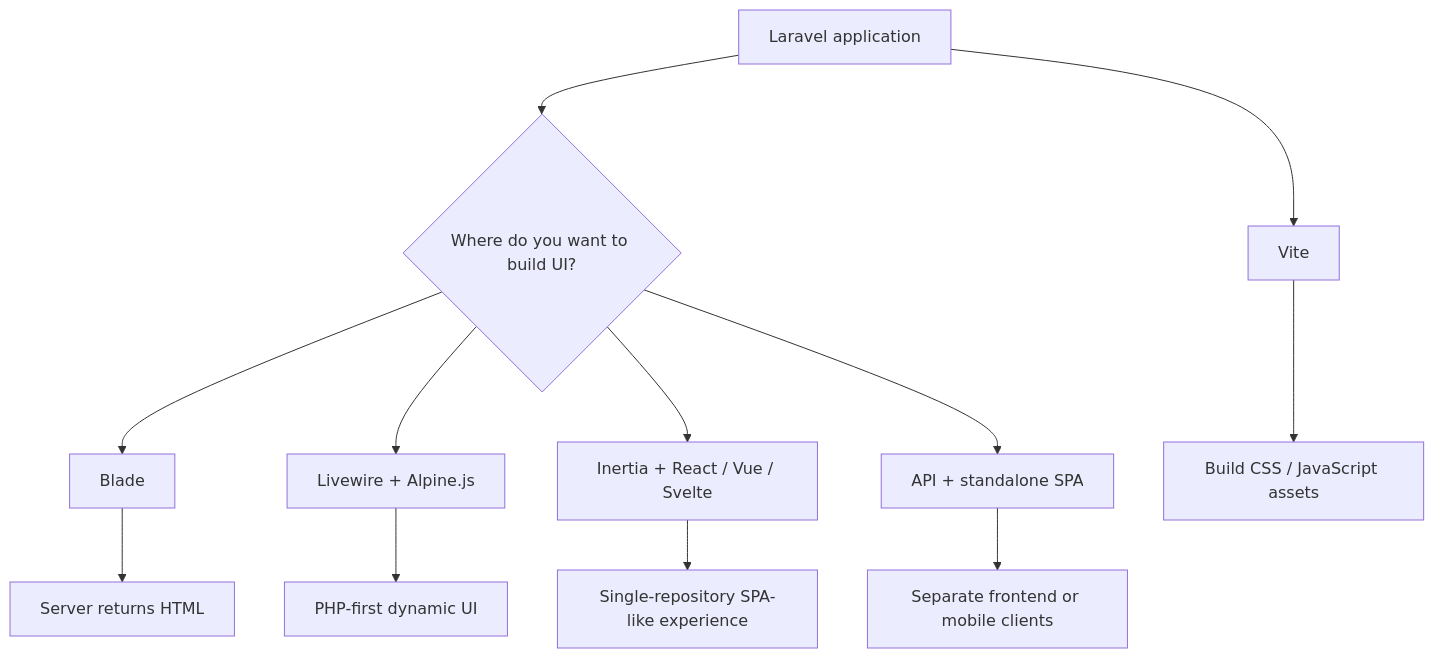
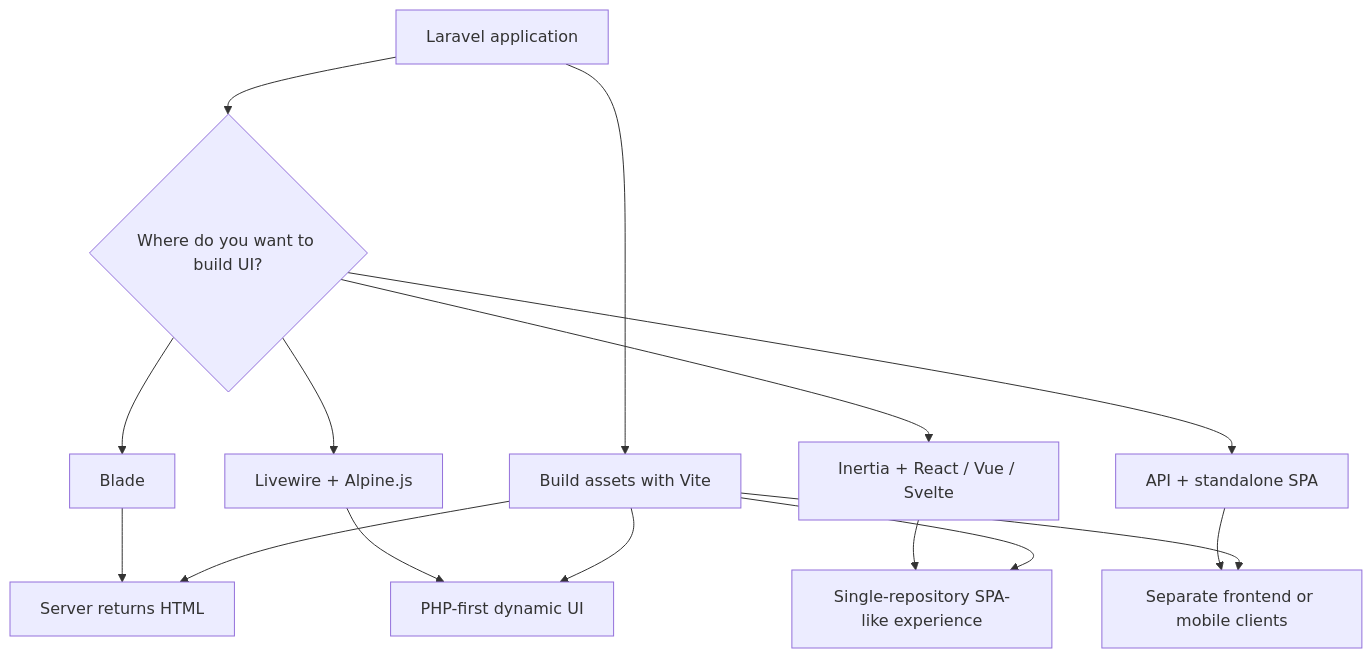
Before and after one commit to kawax/mintlify-docs: the diagram in en/frontend.mdx, drawn with Mermaid. The commit also changed 2 other files, not shown here.

Commit message:
docs: refine frontend overview diagrams

````diff
--- a/en/frontend.mdx
+++ b/en/frontend.mdx
@@ -26,14 +26,17 @@
 ```mermaid
 flowchart TD
     A["Laravel application"] --> B{"Where do you want to build UI?"}
+    A --> G["Build assets with Vite"]
     B --> C["Blade"]
     B --> D["Livewire + Alpine.js"]
     B --> E["Inertia + React / Vue / Svelte"]
     B --> F["API + standalone SPA"]
-    A --> G["Vite"]
     C --> C1["Server returns HTML"]
     D --> D1["PHP-first dynamic UI"]
     E --> E1["Single-repository SPA-like experience"]
     F --> F1["Separate frontend or mobile clients"]
-    G --> G1["Build CSS / JavaScript assets"]
+    G --> C1
+    G --> D1
+    G --> E1
+    G --> F1
 ```
````
